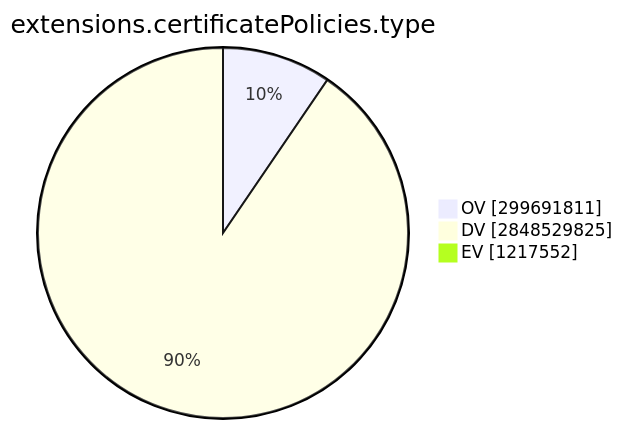
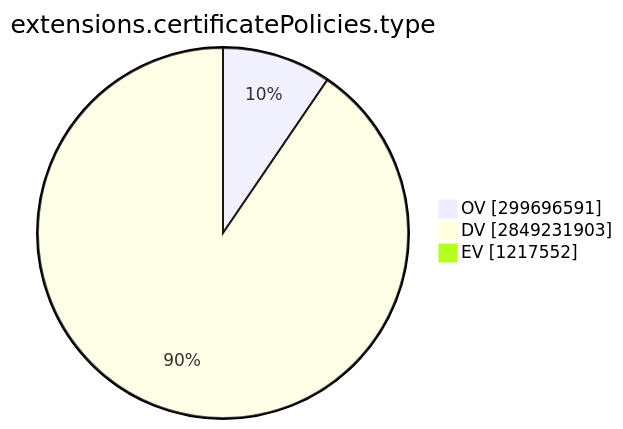
One commit to christiankrug/ctmonitor_visualization changed the ninth of 15 diagrams in TOTAL/README.md. Above: the diagram before and after it, drawn with Mermaid. The commit also changed other lines of this file, not shown here.

````diff
--- a/TOTAL/README.md
+++ b/TOTAL/README.md
@@ -3101,7 +3101,7 @@
 ```mermaid
 pie showData
 title extensions.certificatePolicies.type
-"OV" :299691811
-"DV" :2848529825
+"OV" :299696591
+"DV" :2849231903
 "EV" :1217552
 ```
````
